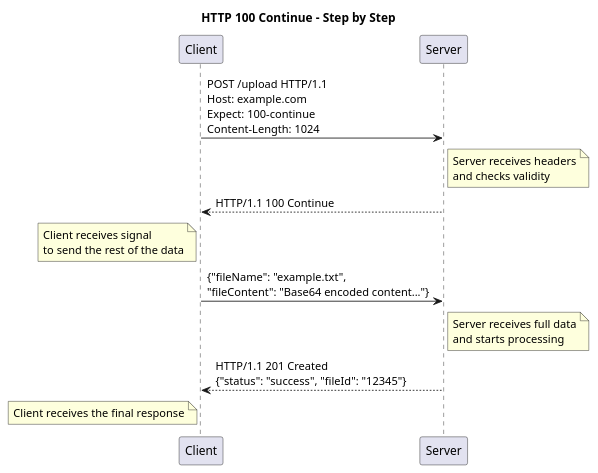
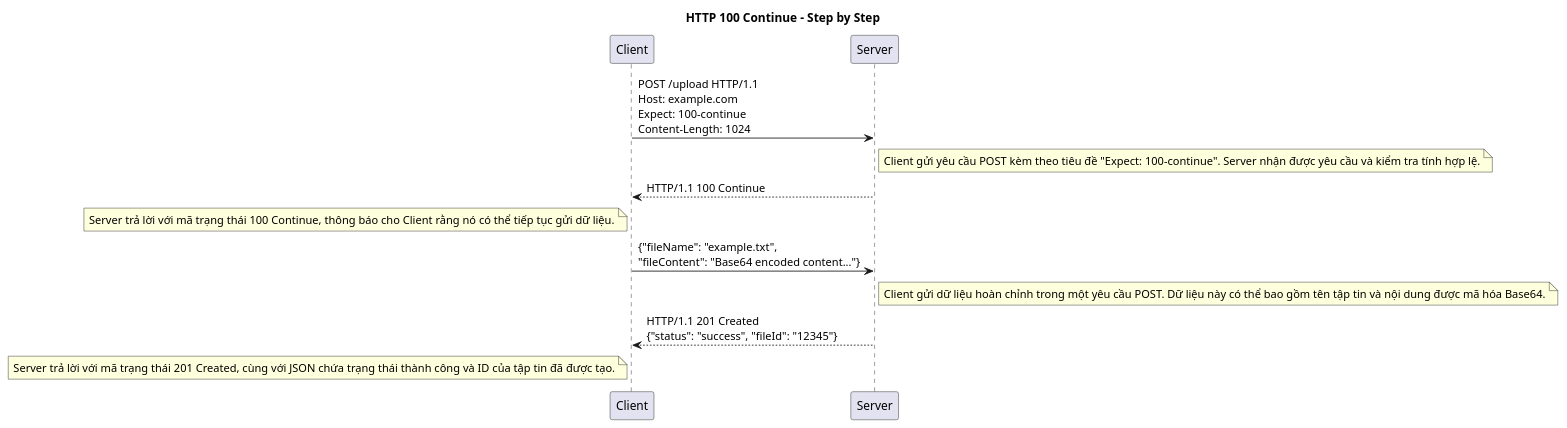
One commit to thanhlv-com/thanhlv-blog changed the first of 26 diagrams in packages/apps/src/blog/2024-12-05-y-nghia-cua-cac-http-status-code.md. Above: the diagram before and after it, drawn with PlantUML. The commit also changed other lines of this file and 3 other files, not shown here.

````diff
--- a/packages/apps/src/blog/2024-12-05-y-nghia-cua-cac-http-status-code.md
+++ b/packages/apps/src/blog/2024-12-05-y-nghia-cua-cac-http-status-code.md
@@ -114,23 +114,24 @@
 ```plantuml
 @startuml
 
 title HTTP 100 Continue - Step by Step
 
 participant "Client" as C
 participant "Server" as S
 
 C -> S: POST /upload HTTP/1.1\nHost: example.com\nExpect: 100-continue\nContent-Length: 1024
-note right of S: Server receives headers\nand checks validity
+note right of S: Client gửi yêu cầu POST kèm theo tiêu đề "Expect: 100-continue". Server nhận được yêu cầu và kiểm tra tính hợp lệ.
 
 S --> C: HTTP/1.1 100 Continue
-note left of C: Client receives signal\nto send the rest of the data
+note left of C: Server trả lời với mã trạng thái 100 Continue, thông báo cho Client rằng nó có thể tiếp tục gửi dữ liệu.
 
 C -> S: {"fileName": "example.txt",\n"fileContent": "Base64 encoded content..."}
-note right of S: Server receives full data\nand starts processing
+note right of S: Client gửi dữ liệu hoàn chỉnh trong một yêu cầu POST. Dữ liệu này có thể bao gồm tên tập tin và nội dung được mã hóa Base64.
 
 S --> C: HTTP/1.1 201 Created\n{"status": "success", "fileId": "12345"}
-note left of C: Client receives the final response
+note left of C: Server trả lời với mã trạng thái 201 Created, cùng với JSON chứa trạng thái thành công và ID của tập tin đã được tạo.
 
 @enduml
 
+
 ```
````
